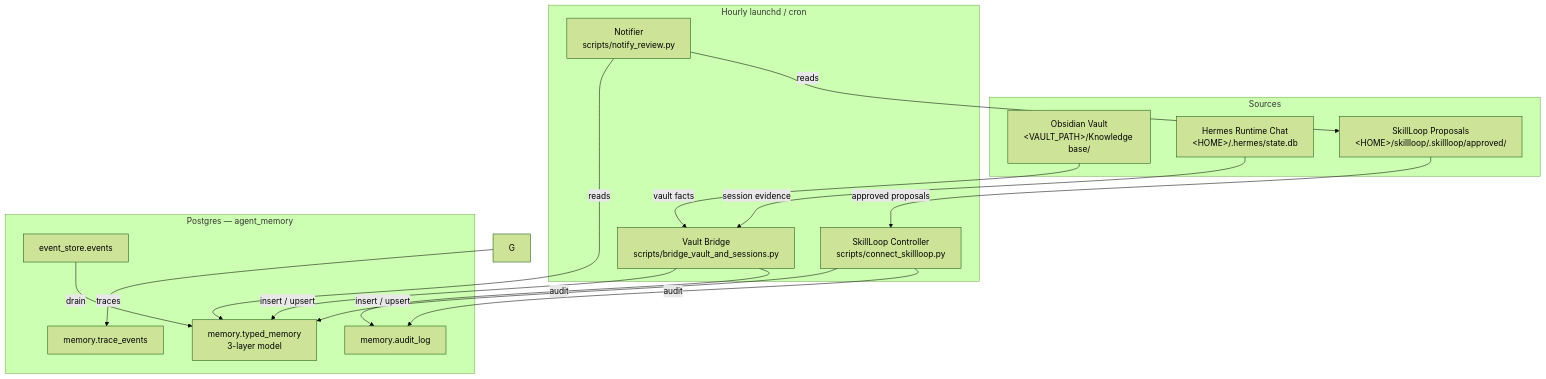
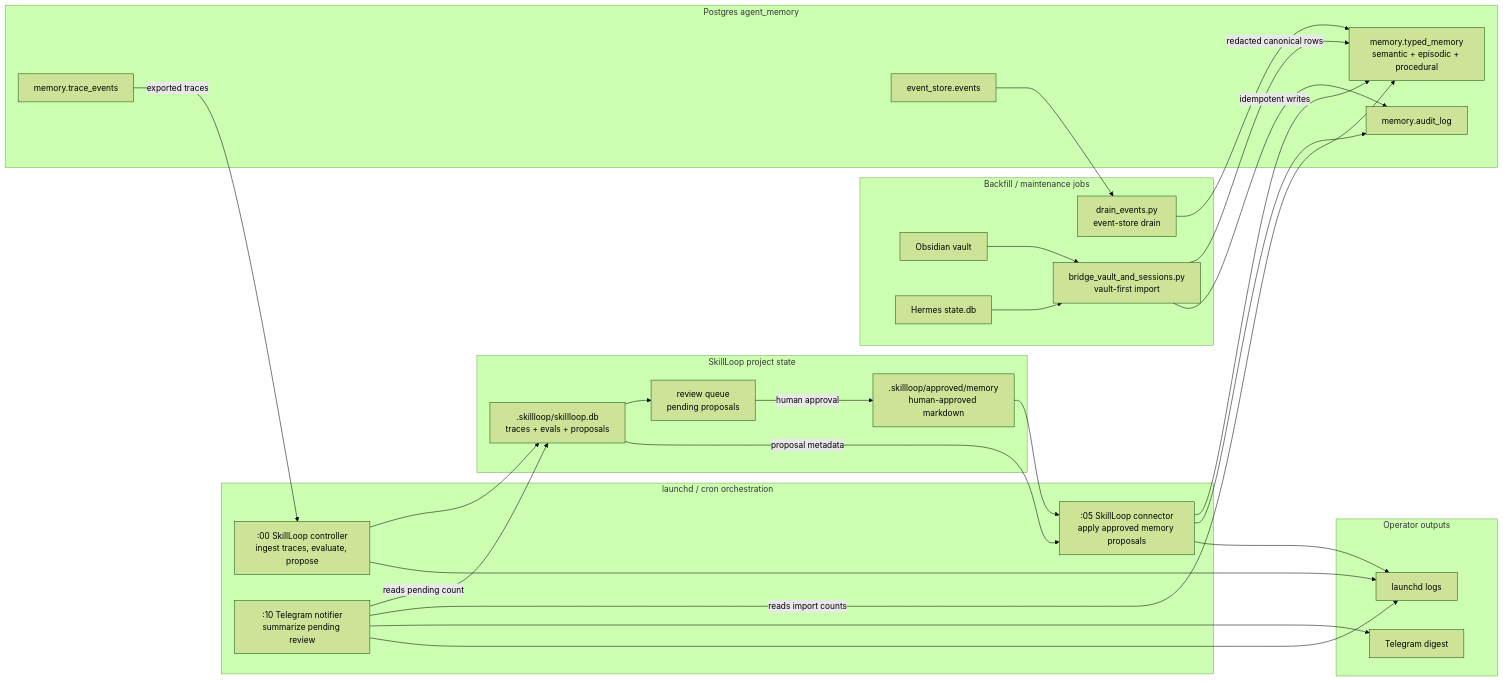
Before and after one commit to lamenting-hawthorn/lamenting-hawthorn-ECC: the second of 3 diagrams in README.md, drawn with Mermaid (forest theme). The commit also changed other lines of this file, not shown here.

Commit message:
Redesign README Mermaid architecture diagrams

````diff
--- a/README.md
+++ b/README.md
@@ -50,33 +96,54 @@
 ```mermaid
-flowchart TB
-    subgraph Sources
-        V["Obsidian Vault<br/>&lt;VAULT_PATH&gt;/Knowledge base/"]
-        H["Hermes Runtime Chat<br/>&lt;HOME&gt;/.hermes/state.db"]
-        S["SkillLoop Proposals<br/>&lt;HOME&gt;/skillloop/.skillloop/approved/"]
+flowchart LR
+    subgraph Scheduler["launchd / cron orchestration"]
+        L0[":00 SkillLoop controller<br/>ingest traces, evaluate, propose"]
+        L5[":05 SkillLoop connector<br/>apply approved memory proposals"]
+        L10[":10 Telegram notifier<br/>summarize pending review"]
     end
 
-    subgraph Pipeline["Hourly launchd / cron"]
-        C1["SkillLoop Controller<br/>scripts/connect_skillloop.py"]
-        C2["Vault Bridge<br/>scripts/bridge_vault_and_sessions.py"]
-        C3["Notifier<br/>scripts/notify_review.py"]
+    subgraph SkillLoopState["SkillLoop project state"]
+        SLDB[".skillloop/skillloop.db<br/>traces + evals + proposals"]
+        Approved[".skillloop/approved/memory<br/>human-approved markdown"]
+        Review["review queue<br/>pending proposals"]
     end
 
-    subgraph Storage["Postgres — agent_memory"]
-        T1["memory.typed_memory<br/>3-layer model"]
-        T2["event_store.events"]
-        T3["memory.audit_log"]
-        T4["memory.trace_events"]
+    subgraph Backfill["Backfill / maintenance jobs"]
+        Vault["Obsidian vault"]
+        Hermes["Hermes state.db"]
+        Bridge["bridge_vault_and_sessions.py<br/>vault-first import"]
+        Drain["drain_events.py<br/>event-store drain"]
     end
 
-    V -->|vault facts| C2
-    H -->|session evidence| C2
-    S -->|approved proposals| C1
-    C1 -->|insert / upsert| T1
-    C2 -->|insert / upsert| T1
-    C1 -->|audit| T3
-    C2 -->|audit| T3
-    C3 -->|reads| T1
-    C3 -->|reads| S
-    T2 -->|drain| T1
-    G -->|traces| T4
+    subgraph Postgres["Postgres agent_memory"]
+        Typed["memory.typed_memory<br/>semantic + episodic + procedural"]
+        Audit["memory.audit_log"]
+        TraceEvents["memory.trace_events"]
+        EventStore["event_store.events"]
+    end
+
+    subgraph Outputs["Operator outputs"]
+        Telegram["Telegram digest"]
+        Logs["launchd logs"]
+    end
+
+    TraceEvents -->|exported traces| L0
+    L0 --> SLDB
+    SLDB --> Review
+    Review -->|human approval| Approved
+    Approved --> L5
+    SLDB -->|proposal metadata| L5
+    L5 -->|idempotent writes| Typed
+    L5 --> Audit
+    L10 -->|reads pending count| SLDB
+    L10 -->|reads import counts| Typed
+    L10 --> Telegram
+
+    Vault --> Bridge
+    Hermes --> Bridge
+    Bridge -->|redacted canonical rows| Typed
+    Bridge --> Audit
+    EventStore --> Drain --> Typed
+    L0 --> Logs
+    L5 --> Logs
+    L10 --> Logs
 ```
````
